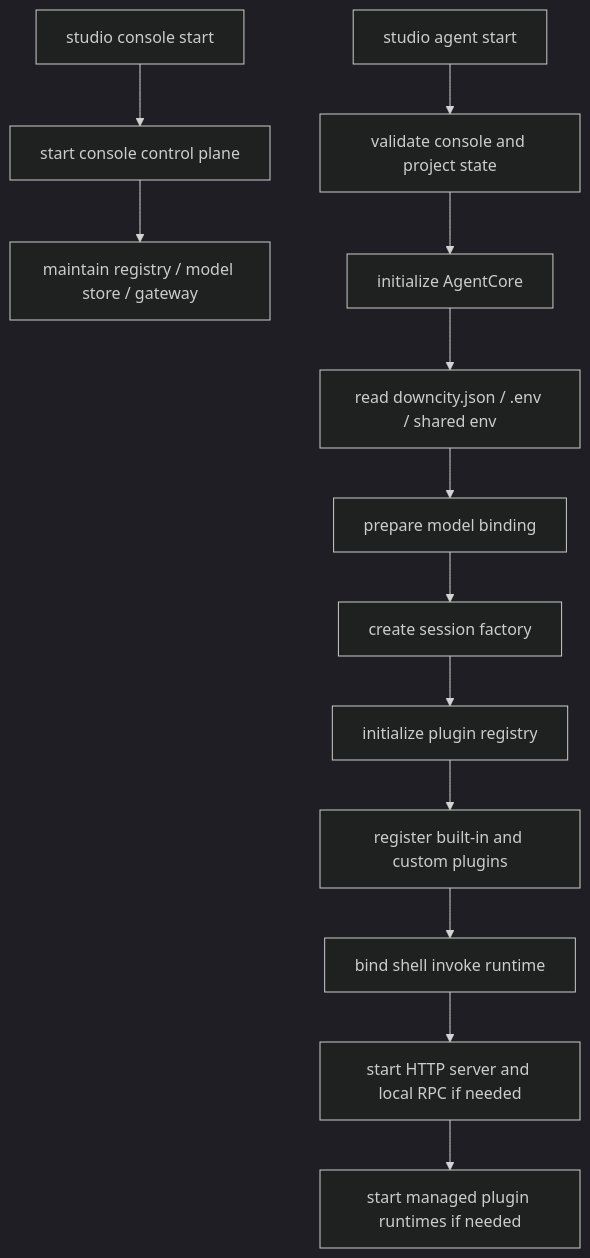
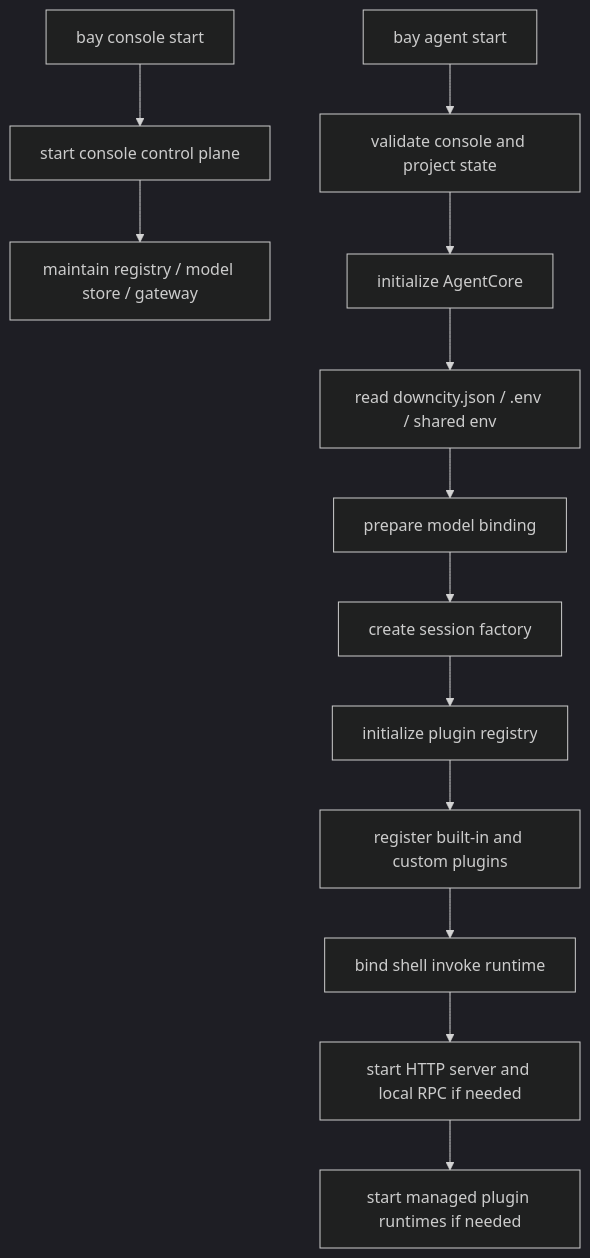
Before and after one commit to wangenius/downcity: the second of 3 diagrams in homepage/content/devdocs/en/package/runtime-and-plugins.mdx, drawn with Mermaid (dark theme). The commit also changed other lines of this file and 299 other files, not shown here.

Commit message:
feat(city): rename studio domain to bay

````diff
--- a/homepage/content/devdocs/en/package/runtime-and-plugins.mdx
+++ b/homepage/content/devdocs/en/package/runtime-and-plugins.mdx
@@ -89,16 +89,16 @@
 ```mermaid
 flowchart TD
-  A["studio console start"] --> B["start console control plane"]
+  A["bay console start"] --> B["start console control plane"]
   B --> C["maintain registry / model store / gateway"]
 
-  D["studio agent start"] --> E["validate console and project state"]
+  D["bay agent start"] --> E["validate console and project state"]
   E --> F["initialize AgentCore"]
   F --> G["read downcity.json / .env / shared env"]
   G --> H["prepare model binding"]
   H --> I["create session factory"]
   I --> J["initialize plugin registry"]
   J --> K["register built-in and custom plugins"]
   K --> L["bind shell invoke runtime"]
   L --> M["start HTTP server and local RPC if needed"]
   M --> N["start managed plugin runtimes if needed"]
 ```
````
